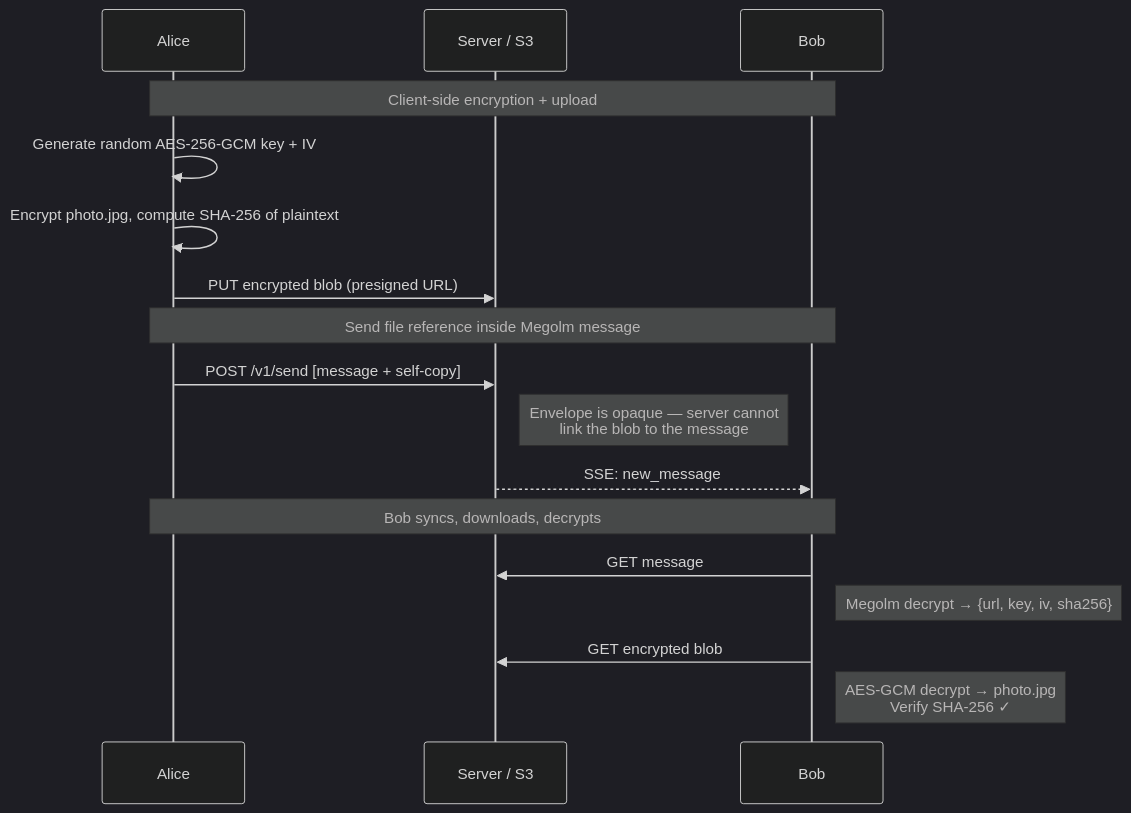
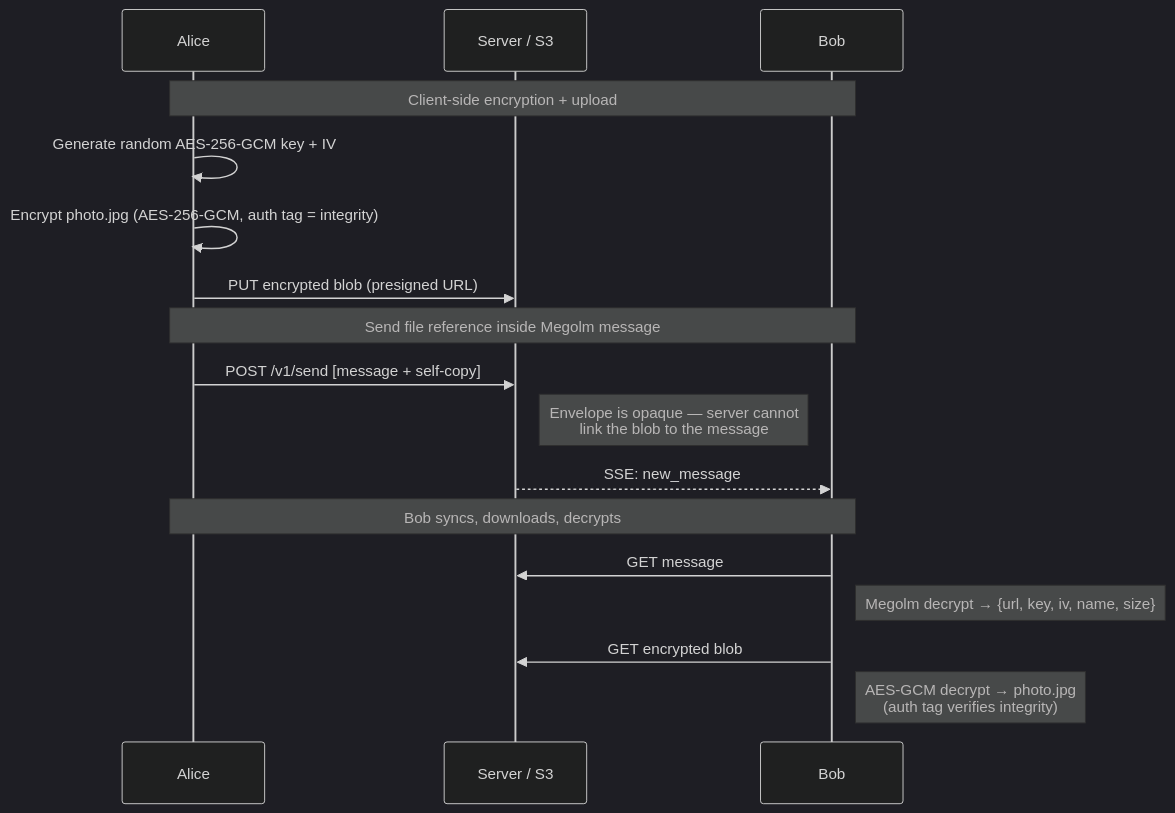
The diagram in docs/scenarios/media.md (atmin/atmin.net), drawn with Mermaid (dark theme) before and after one commit. The commit also changed other lines of this file and 6 other files, not shown here.

````diff
--- a/docs/scenarios/media.md
+++ b/docs/scenarios/media.md
@@ -9,22 +9,22 @@
 ```mermaid
 sequenceDiagram
     participant A as Alice
     participant S as Server / S3
     participant B as Bob
 
     note over A,B: Client-side encryption + upload
     A->>A: Generate random AES-256-GCM key + IV
-    A->>A: Encrypt photo.jpg, compute SHA-256 of plaintext
+    A->>A: Encrypt photo.jpg (AES-256-GCM, auth tag = integrity)
     A->>S: PUT encrypted blob (presigned URL)
 
     note over A,B: Send file reference inside Megolm message
     A->>S: POST /v1/send [message + self-copy]
     note right of S: Envelope is opaque — server cannot<br/>link the blob to the message
     S-->>B: SSE: new_message
 
     note over A,B: Bob syncs, downloads, decrypts
     B->>S: GET message
-    note right of B: Megolm decrypt → {url, key, iv, sha256}
+    note right of B: Megolm decrypt → {url, key, iv, name, size}
     B->>S: GET encrypted blob
-    note right of B: AES-GCM decrypt → photo.jpg<br/>Verify SHA-256 ✓
+    note right of B: AES-GCM decrypt → photo.jpg<br/>(auth tag verifies integrity)
 ```
````
